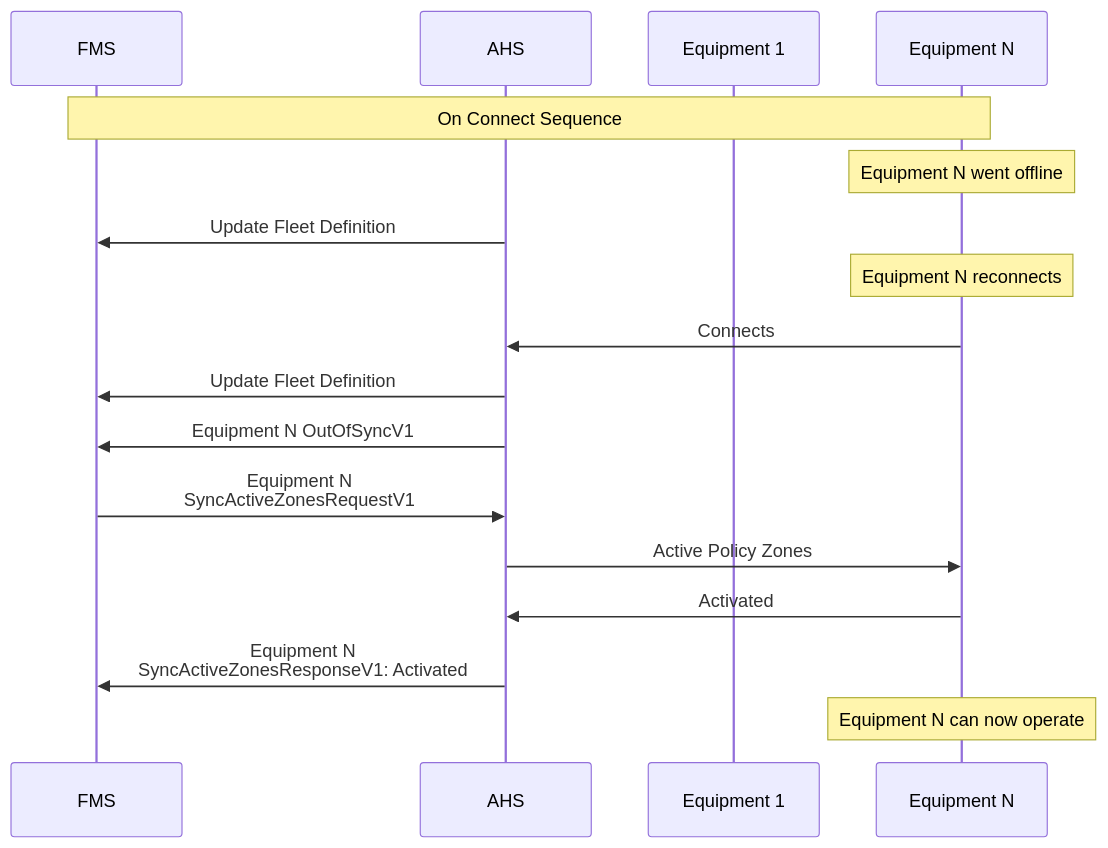
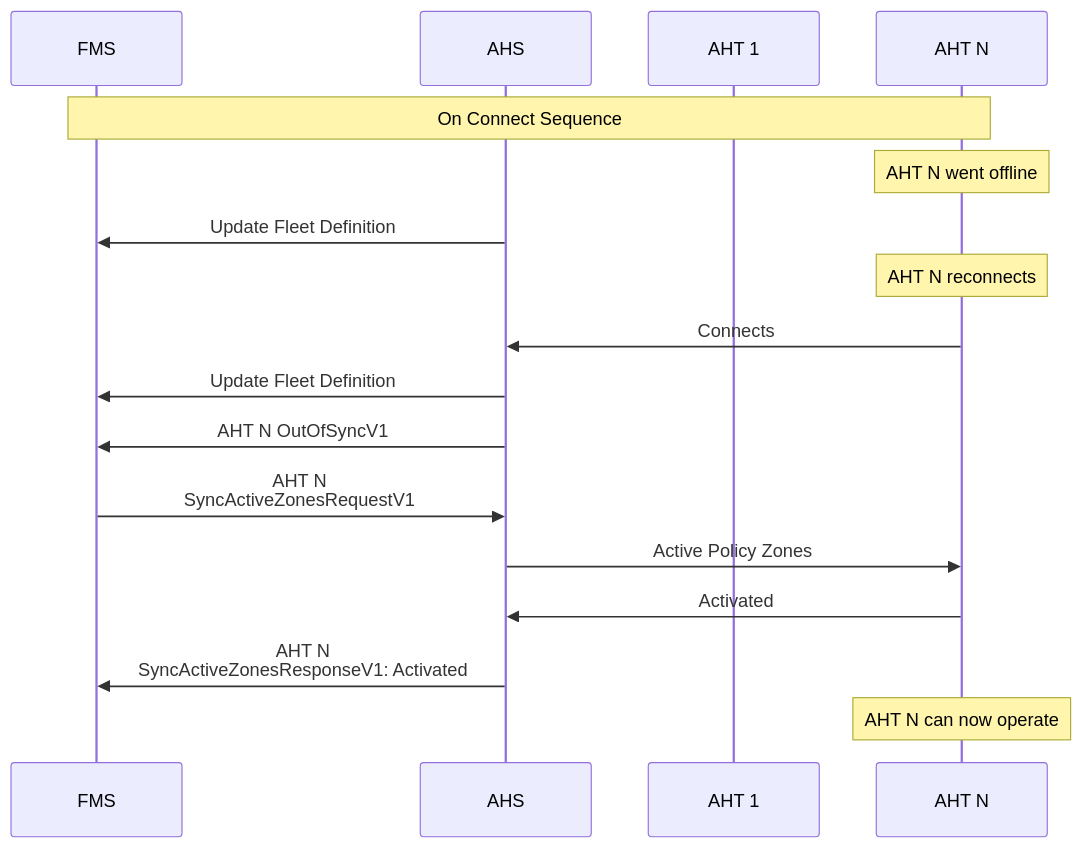
Before and after one commit to open-autonomy/zone: the first of 3 diagrams in diagram/Resynchronisation.md, drawn with Mermaid. The commit also changed other lines of this file and 15 other files, not shown here.

Commit message:
updated language equipment to AHT

````diff
--- a/diagram/Resynchronisation.md
+++ b/diagram/Resynchronisation.md
@@ -8,27 +8,27 @@
 ```mermaid
 sequenceDiagram
     participant FMS
     participant AHS
-    participant Equipment 1
-    participant Equipment N
+    participant AHT 1
+    participant AHT N
 
-    Note over FMS,Equipment N: On Connect Sequence
-    Note over Equipment N: Equipment N went offline
+    Note over FMS,AHT N: On Connect Sequence
+    Note over AHT N: AHT N went offline
     AHS->>FMS: Update Fleet Definition
 
-    Note Over Equipment N: Equipment N reconnects
+    Note Over AHT N: AHT N reconnects
 
-    Equipment N->>AHS: Connects
+    AHT N->>AHS: Connects
     AHS->>FMS: Update Fleet Definition
     
-    AHS->>FMS: Equipment N OutOfSyncV1
+    AHS->>FMS: AHT N OutOfSyncV1
 
-    FMS->>AHS: Equipment N <br/> SyncActiveZonesRequestV1
-    AHS->>Equipment N: Active Policy Zones
+    FMS->>AHS: AHT N <br/> SyncActiveZonesRequestV1
+    AHS->>AHT N: Active Policy Zones
 
-    Equipment N->>AHS: Activated
+    AHT N->>AHS: Activated
 
-    AHS->>FMS: Equipment N <br/> SyncActiveZonesResponseV1: Activated
+    AHS->>FMS: AHT N <br/> SyncActiveZonesResponseV1: Activated
 
-    Note Over Equipment N: Equipment N can now operate
+    Note Over AHT N: AHT N can now operate
 ```
````
